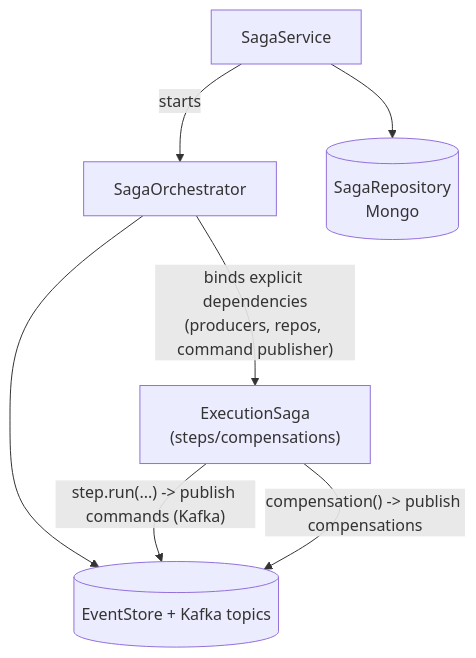
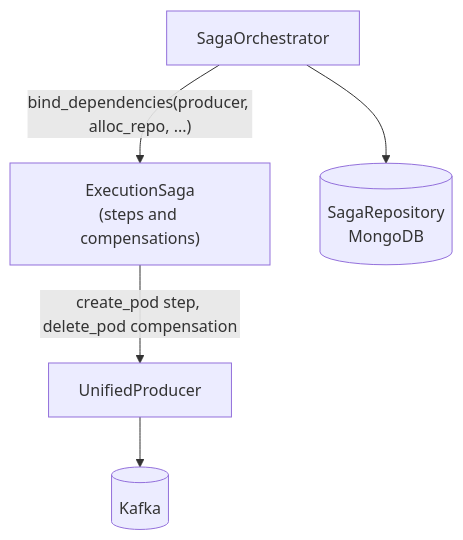
One commit to HardMax71/Integr8sCode changed the first of 2 diagrams in docs/architecture/kafka-topic-architecture.md. Above: the diagram before and after it, drawn with Mermaid. The commit also changed other lines of this file and 304 other files, not shown here.

````diff
--- a/docs/architecture/kafka-topic-architecture.md
+++ b/docs/architecture/kafka-topic-architecture.md
@@ -81,17 +56,13 @@
 ```mermaid
 graph TD
-    SagaService[SagaService]
     Orchestrator[SagaOrchestrator]
-    ExecutionSaga["ExecutionSaga<br/>(steps/compensations)"]
-    SagaRepo[(SagaRepository<br/>Mongo)]
-    EventStore[(EventStore + Kafka topics)]
+    ExecutionSaga["ExecutionSaga<br/>(steps and compensations)"]
+    SagaRepo[(SagaRepository<br/>MongoDB)]
+    Producer[UnifiedProducer]
+    Kafka[(Kafka)]
 
-    SagaService -- starts --> Orchestrator
-    SagaService --> SagaRepo
-
-    Orchestrator -- "binds explicit dependencies<br/>(producers, repos, command publisher)" --> ExecutionSaga
-    Orchestrator --> EventStore
-
-    ExecutionSaga -- "step.run(...) -> publish commands (Kafka)" --> EventStore
-    ExecutionSaga -- "compensation() -> publish compensations" --> EventStore
+    Orchestrator --> SagaRepo
+    Orchestrator -- "bind_dependencies(producer, alloc_repo, ...)" --> ExecutionSaga
+    ExecutionSaga -- "create_pod step, delete_pod compensation" --> Producer
+    Producer --> Kafka
 ```
````
